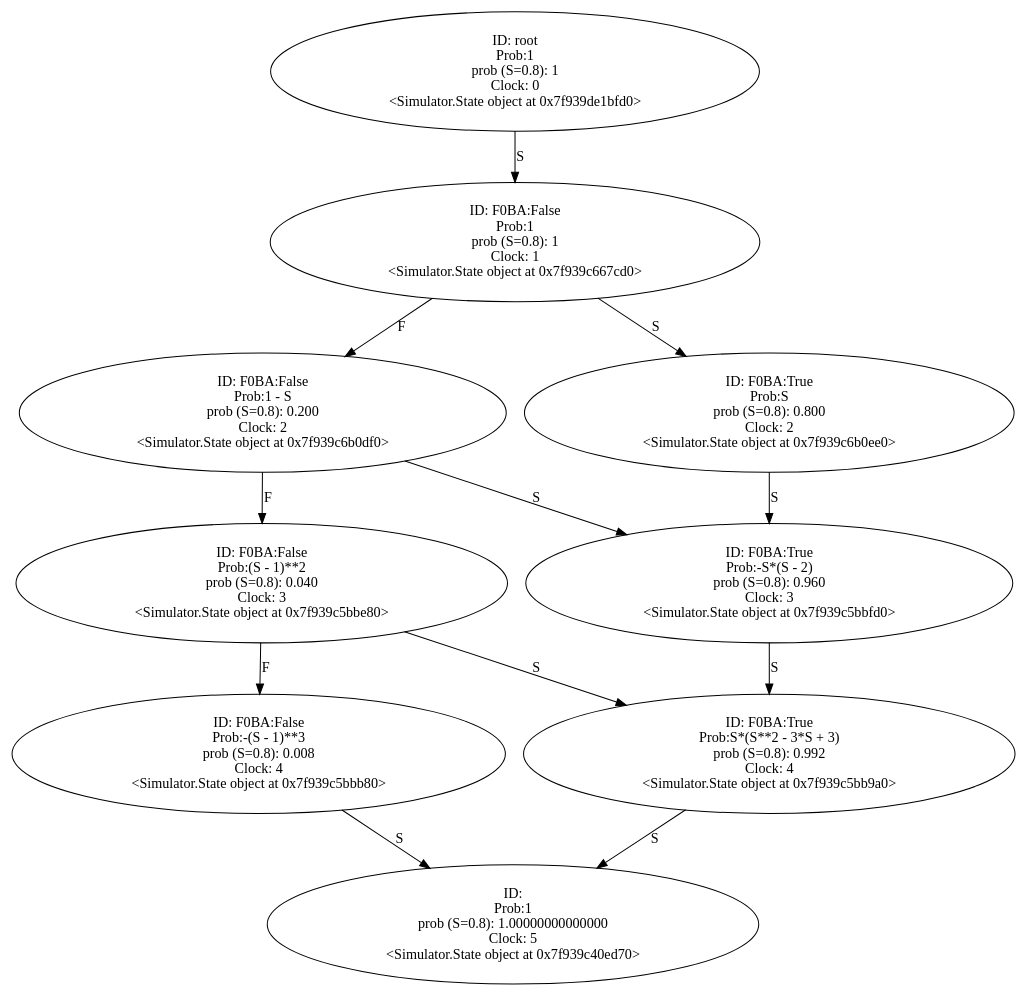
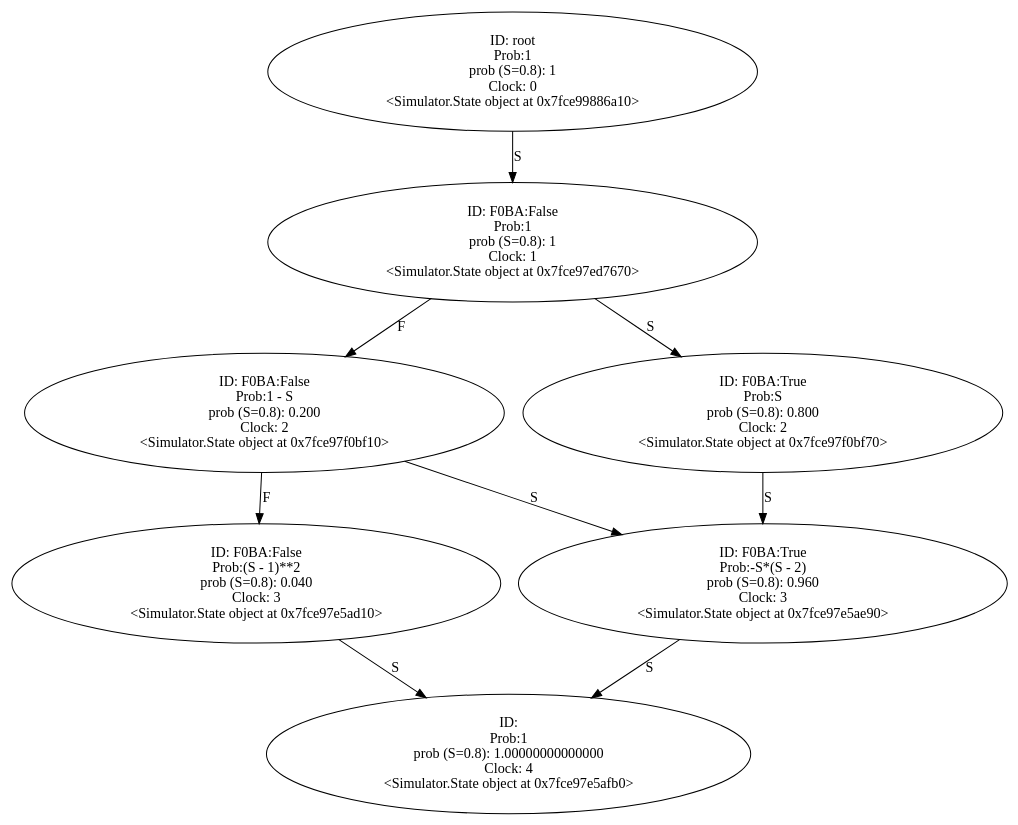
One commit to YasinBoloorchi/WARP-Simulator changed the diagram in Output/two_pulls.wrp.gv. Above: the diagram before and after it, drawn with Graphviz. The commit also changed 16 other files, not shown here.

```diff
--- a/Output/two_pulls.wrp.gv
+++ b/Output/two_pulls.wrp.gv
@@ -1,58 +1,45 @@
 digraph "./Output/two_pulls.wrp" {
-	<Simulator.State object at 0x7f939de1bfd0> [label="ID: root
+	<Simulator.State object at 0x7fce99886a10> [label="ID: root
 Prob:1
 prob (S=0.8): 1
 Clock: 0
-<Simulator.State object at 0x7f939de1bfd0>"]
-	<Simulator.State object at 0x7f939de1bfd0> -> <Simulator.State object at 0x7f939c667cd0> [label=S]
-	<Simulator.State object at 0x7f939c667cd0> [label="ID: F0BA:False
+<Simulator.State object at 0x7fce99886a10>"]
+	<Simulator.State object at 0x7fce99886a10> -> <Simulator.State object at 0x7fce97ed7670> [label=S]
+	<Simulator.State object at 0x7fce97ed7670> [label="ID: F0BA:False
 Prob:1
 prob (S=0.8): 1
 Clock: 1
-<Simulator.State object at 0x7f939c667cd0>"]
-	<Simulator.State object at 0x7f939c667cd0> -> <Simulator.State object at 0x7f939c6b0df0> [label=F]
-	<Simulator.State object at 0x7f939c667cd0> -> <Simulator.State object at 0x7f939c6b0ee0> [label=S]
-	<Simulator.State object at 0x7f939c6b0df0> [label="ID: F0BA:False
+<Simulator.State object at 0x7fce97ed7670>"]
+	<Simulator.State object at 0x7fce97ed7670> -> <Simulator.State object at 0x7fce97f0bf10> [label=F]
+	<Simulator.State object at 0x7fce97ed7670> -> <Simulator.State object at 0x7fce97f0bf70> [label=S]
+	<Simulator.State object at 0x7fce97f0bf10> [label="ID: F0BA:False
 Prob:1 - S
 prob (S=0.8): 0.200
 Clock: 2
-<Simulator.State object at 0x7f939c6b0df0>"]
-	<Simulator.State object at 0x7f939c6b0df0> -> <Simulator.State object at 0x7f939c5bbe80> [label=F]
-	<Simulator.State object at 0x7f939c6b0df0> -> <Simulator.State object at 0x7f939c5bbfd0> [label=S]
-	<Simulator.State object at 0x7f939c6b0ee0> [label="ID: F0BA:True
+<Simulator.State object at 0x7fce97f0bf10>"]
+	<Simulator.State object at 0x7fce97f0bf10> -> <Simulator.State object at 0x7fce97e5ad10> [label=F]
+	<Simulator.State object at 0x7fce97f0bf10> -> <Simulator.State object at 0x7fce97e5ae90> [label=S]
+	<Simulator.State object at 0x7fce97f0bf70> [label="ID: F0BA:True
 Prob:S
 prob (S=0.8): 0.800
 Clock: 2
-<Simulator.State object at 0x7f939c6b0ee0>"]
-	<Simulator.State object at 0x7f939c6b0ee0> -> <Simulator.State object at 0x7f939c5bbfd0> [label=S]
-	<Simulator.State object at 0x7f939c5bbe80> [label="ID: F0BA:False
+<Simulator.State object at 0x7fce97f0bf70>"]
+	<Simulator.State object at 0x7fce97f0bf70> -> <Simulator.State object at 0x7fce97e5ae90> [label=S]
+	<Simulator.State object at 0x7fce97e5ad10> [label="ID: F0BA:False
 Prob:(S - 1)**2
 prob (S=0.8): 0.040
 Clock: 3
-<Simulator.State object at 0x7f939c5bbe80>"]
-	<Simulator.State object at 0x7f939c5bbe80> -> <Simulator.State object at 0x7f939c5bbb80> [label=F]
-	<Simulator.State object at 0x7f939c5bbe80> -> <Simulator.State object at 0x7f939c5bb9a0> [label=S]
-	<Simulator.State object at 0x7f939c5bbfd0> [label="ID: F0BA:True
+<Simulator.State object at 0x7fce97e5ad10>"]
+	<Simulator.State object at 0x7fce97e5ad10> -> <Simulator.State object at 0x7fce97e5afb0> [label=S]
+	<Simulator.State object at 0x7fce97e5ae90> [label="ID: F0BA:True
 Prob:-S*(S - 2)
 prob (S=0.8): 0.960
 Clock: 3
-<Simulator.State object at 0x7f939c5bbfd0>"]
-	<Simulator.State object at 0x7f939c5bbfd0> -> <Simulator.State object at 0x7f939c5bb9a0> [label=S]
-	<Simulator.State object at 0x7f939c5bbb80> [label="ID: F0BA:False
-Prob:-(S - 1)**3
-prob (S=0.8): 0.008
-Clock: 4
-<Simulator.State object at 0x7f939c5bbb80>"]
-	<Simulator.State object at 0x7f939c5bbb80> -> <Simulator.State object at 0x7f939c40ed70> [label=S]
-	<Simulator.State object at 0x7f939c5bb9a0> [label="ID: F0BA:True
-Prob:S*(S**2 - 3*S + 3)
-prob (S=0.8): 0.992
-Clock: 4
-<Simulator.State object at 0x7f939c5bb9a0>"]
-	<Simulator.State object at 0x7f939c5bb9a0> -> <Simulator.State object at 0x7f939c40ed70> [label=S]
-	<Simulator.State object at 0x7f939c40ed70> [label="ID: 
+<Simulator.State object at 0x7fce97e5ae90>"]
+	<Simulator.State object at 0x7fce97e5ae90> -> <Simulator.State object at 0x7fce97e5afb0> [label=S]
+	<Simulator.State object at 0x7fce97e5afb0> [label="ID: 
 Prob:1
 prob (S=0.8): 1.00000000000000
-Clock: 5
-<Simulator.State object at 0x7f939c40ed70>"]
+Clock: 4
+<Simulator.State object at 0x7fce97e5afb0>"]
 }
```
